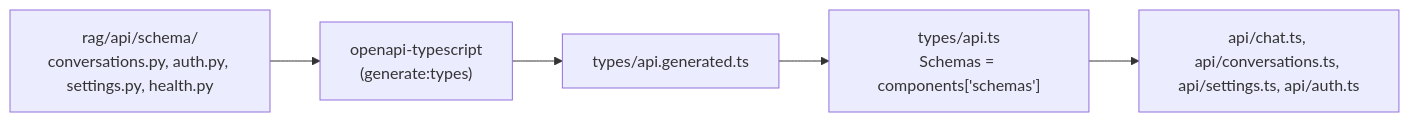
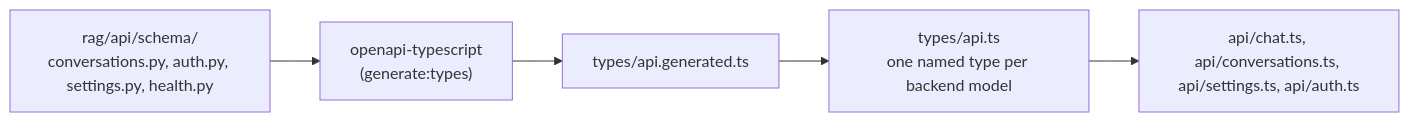
Before and after one commit to hadifar/rag: the fifth of 5 diagrams in docs/architecture.md, drawn with Mermaid. The commit also changed other lines of this file and 29 other files, not shown here.

Commit message:
refactor(frontend): mirror the backend's schemas one-to-one in types/api.ts

````diff
--- a/docs/architecture.md
+++ b/docs/architecture.md
@@ -159,10 +159,10 @@
 ```mermaid
 graph LR
     schema["rag/api/schema/<br/>conversations.py, auth.py, settings.py, health.py"]
     genscript["openapi-typescript<br/>(generate:types)"]
     generated[types/api.generated.ts]
-    idx["types/api.ts<br/>Schemas = components['schemas']"]
+    idx["types/api.ts<br/>one named type per backend model"]
     apiclient[api/chat.ts, api/conversations.ts, api/settings.ts, api/auth.ts]
 
     schema --> genscript --> generated --> idx --> apiclient
 ```
````
